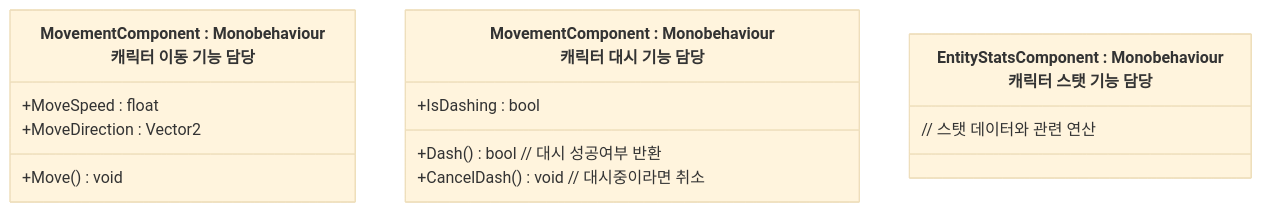
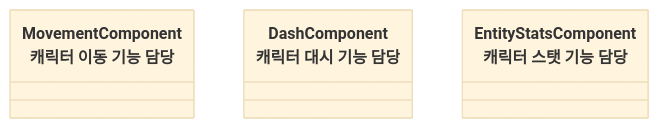
Before and after one commit to JIN5EOK/DungeonShooter: the second of 6 diagrams in README/Entity_설계.md, drawn with Mermaid (base theme). The commit also changed other lines of this file and 3 other files, not shown here.

````diff
--- a/README/Entity_설계.md
+++ b/README/Entity_설계.md
@@ -24,16 +24,7 @@
 ```mermaid
 classDiagram
-    class MovementComponent["MovementComponent : Monobehaviour<br>캐릭터 이동 기능 담당"]{
-        +MoveSpeed : float
-        +MoveDirection : Vector2
-        +Move() void
-    }
-    class DashComponent["MovementComponent : Monobehaviour<br>캐릭터 대시 기능 담당"]{
-        +IsDashing : bool
-        +Dash() bool // 대시 성공여부 반환
-        +CancelDash() void // 대시중이라면 취소
-    }
-    class EntityStatsComponent["EntityStatsComponent : Monobehaviour<br>캐릭터 스탯 기능 담당"]{
-        // 스탯 데이터와 관련 연산
+    class MovementComponent["MovementComponent<br>캐릭터 이동 기능 담당"]{ }
+    class DashComponent["DashComponent<br>캐릭터 대시 기능 담당"]{ }
+    class EntityStatsComponent["EntityStatsComponent<br>캐릭터 스탯 기능 담당"]{
     }
 ```
````
